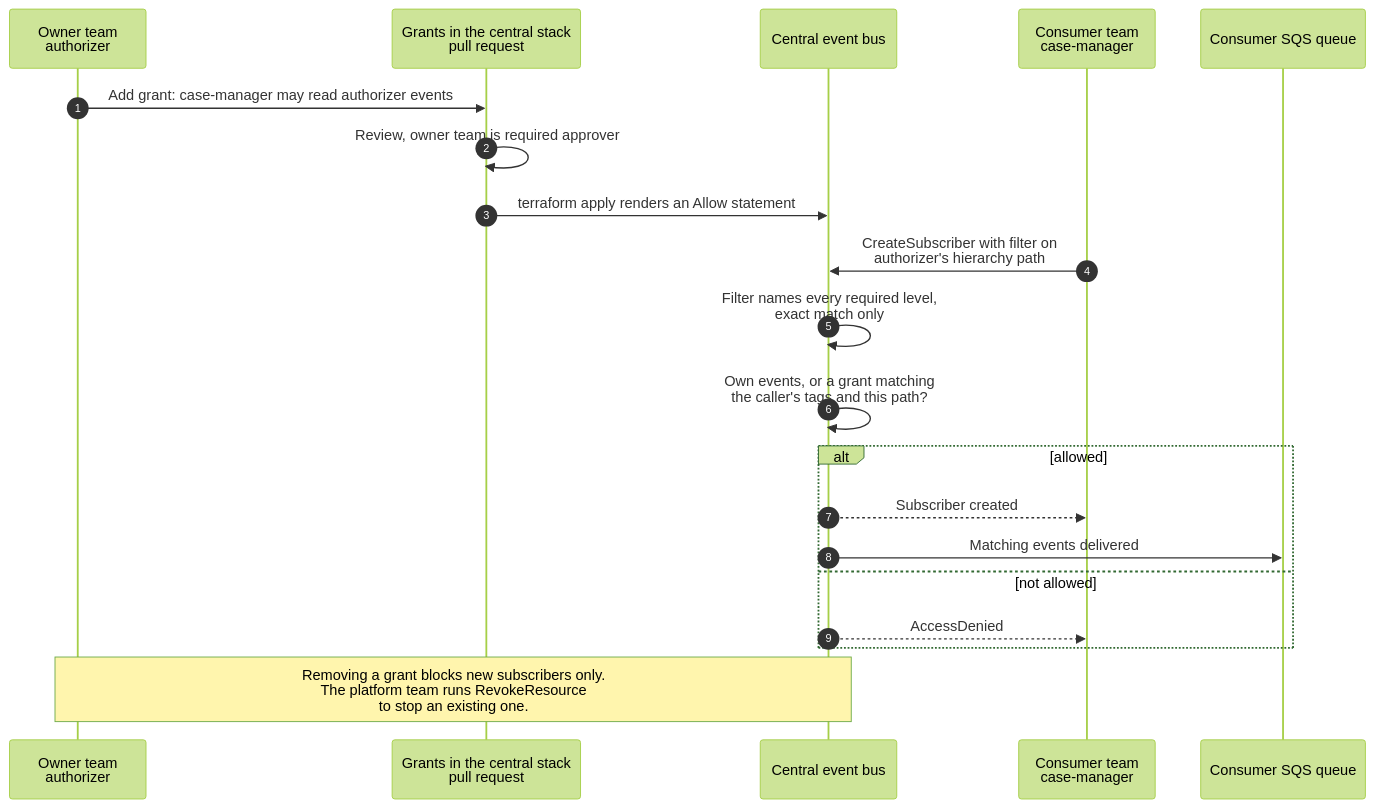
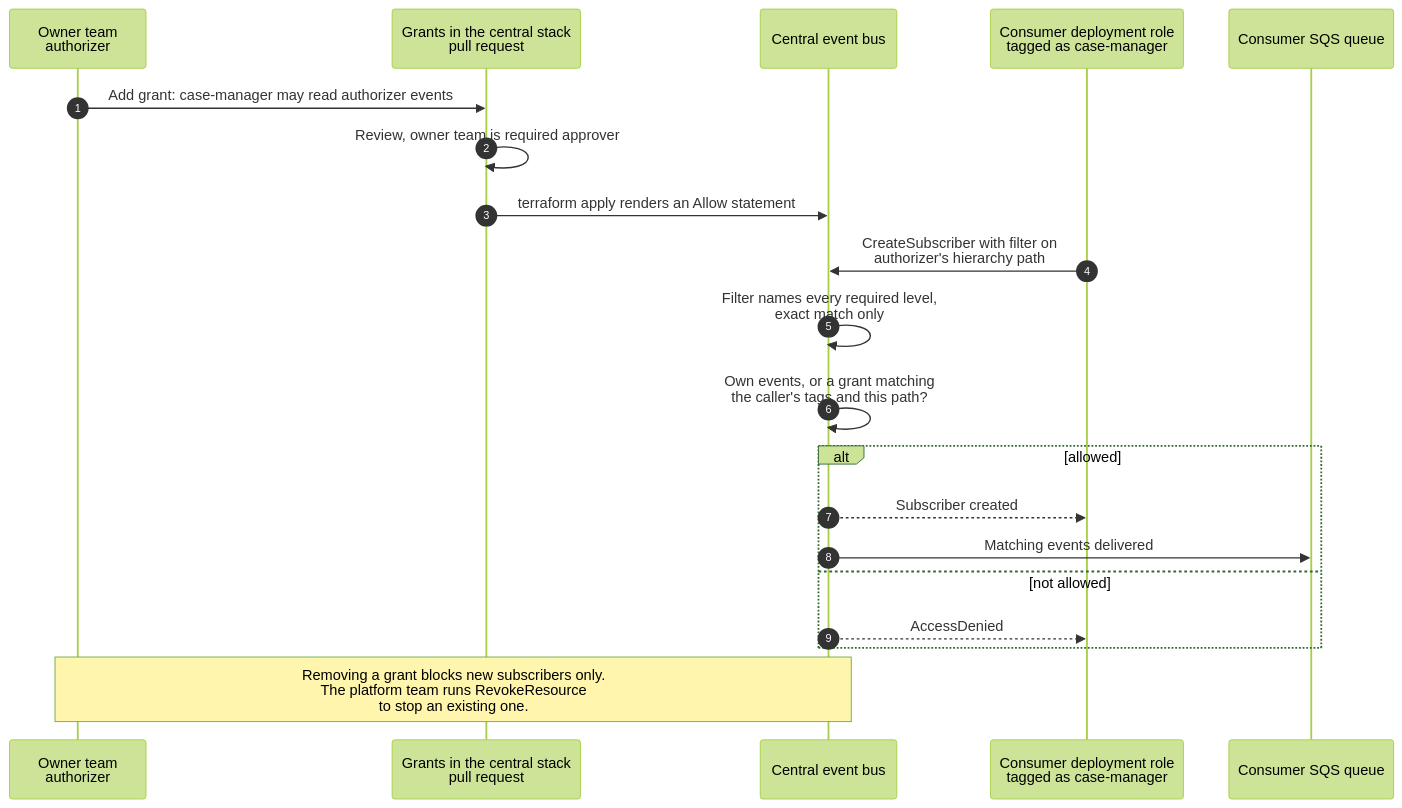
Before and after one commit to aws-abaschen/terraform-aws-org-event-bus: the fifth of 6 diagrams in README.md, drawn with Mermaid (forest theme). The commit also changed other lines of this file and 29 other files, not shown here.

````diff
--- a/README.md
+++ b/README.md
@@ -245,23 +250,23 @@
 ```mermaid
 sequenceDiagram
   autonumber
   participant O as Owner team<br/>authorizer
   participant R as Grants in the central stack<br/>pull request
   participant B as Central event bus
-  participant C as Consumer team<br/>case-manager
+  participant C as Consumer deployment role<br/>tagged as case-manager
   participant Q as Consumer SQS queue
 
   O->>R: Add grant: case-manager may read authorizer events
   R->>R: Review, owner team is required approver
   R->>B: terraform apply renders an Allow statement
   C->>B: CreateSubscriber with filter on<br/>authorizer's hierarchy path
   B->>B: Filter names every required level,<br/>exact match only
   B->>B: Own events, or a grant matching<br/>the caller's tags and this path?
   alt allowed
     B-->>C: Subscriber created
     B->>Q: Matching events delivered
   else not allowed
     B-->>C: AccessDenied
   end
   Note over O,B: Removing a grant blocks new subscribers only.<br/>The platform team runs RevokeResource<br/>to stop an existing one.
 ```
````
